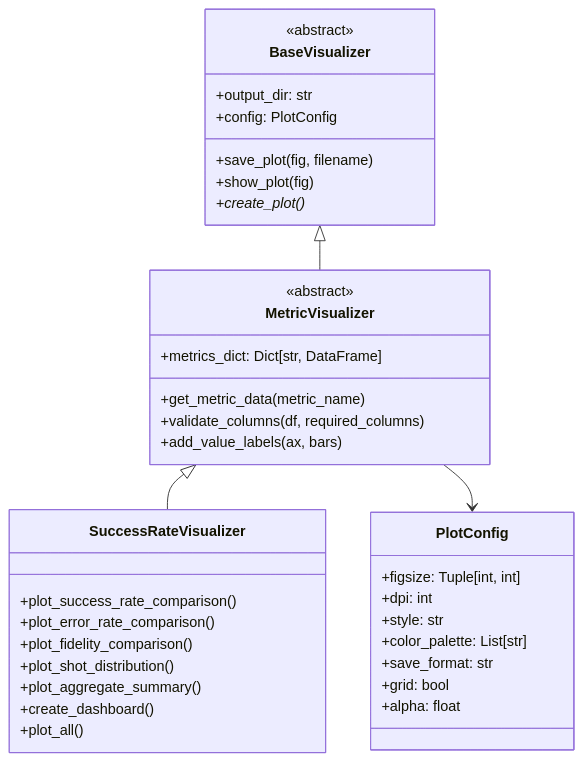
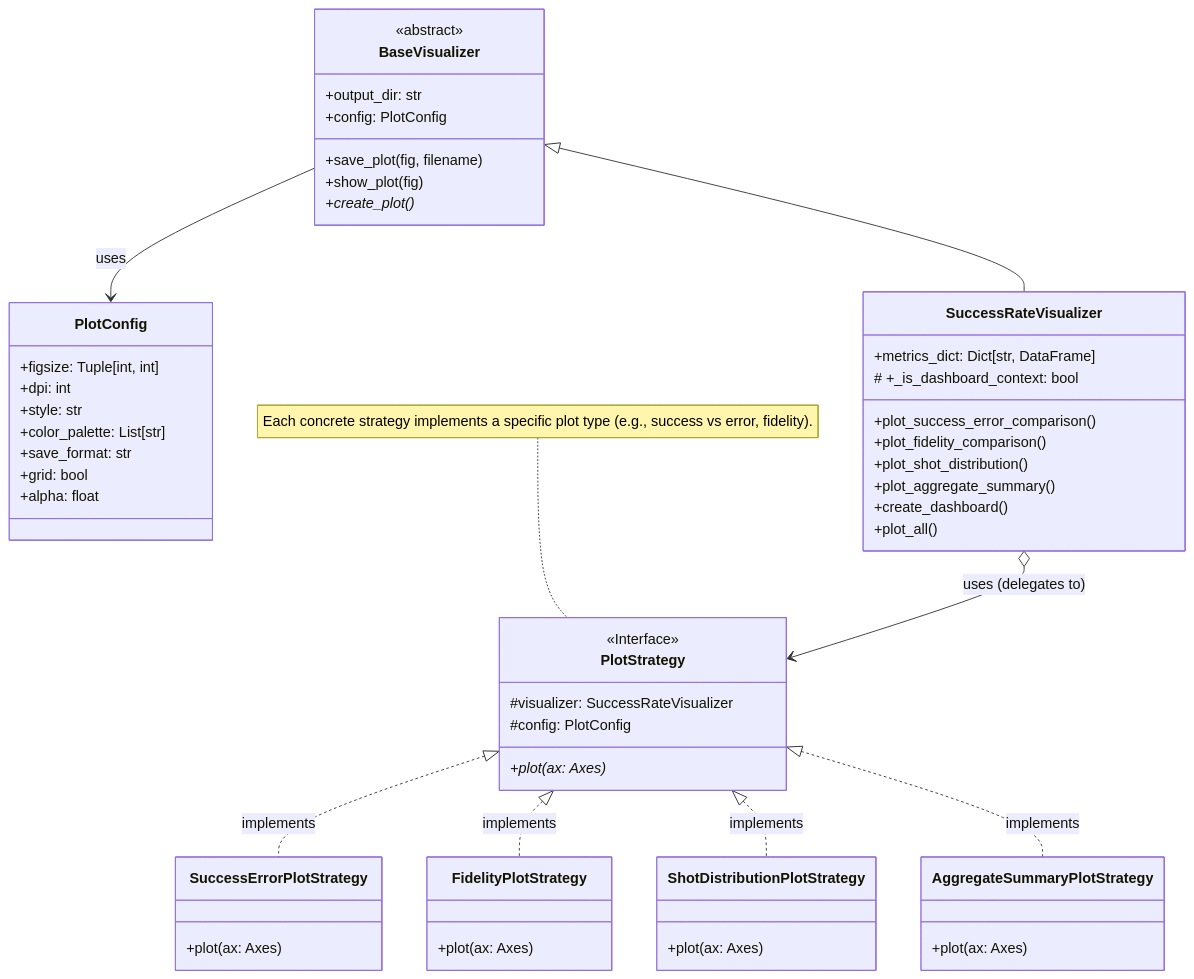
Before and after one commit to xthecapx/qiskit-qward: the third of 3 diagrams in docs/architecture.md, drawn with Mermaid. The commit also changed other lines of this file and 4 other files, not shown here.

````diff
--- a/docs/architecture.md
+++ b/docs/architecture.md
@@ -365,43 +371,63 @@
 ```{mermaid}
 classDiagram
     class BaseVisualizer {
         <<abstract>>
         +output_dir: str
         +config: PlotConfig
         +save_plot(fig, filename)
         +show_plot(fig)
         +create_plot()*
     }
-    
-    class MetricVisualizer {
-        <<abstract>>
-        +metrics_dict: Dict[str, DataFrame]
-        +get_metric_data(metric_name)
-        +validate_columns(df, required_columns)
-        +add_value_labels(ax, bars)
-    }
-    
-    class SuccessRateVisualizer {
-        +plot_success_rate_comparison()
-        +plot_error_rate_comparison()
-        +plot_fidelity_comparison()
-        +plot_shot_distribution()
-        +plot_aggregate_summary()
-        +create_dashboard()
-        +plot_all()
-    }
-    
+
     class PlotConfig {
         +figsize: Tuple[int, int]
         +dpi: int
         +style: str
         +color_palette: List[str]
         +save_format: str
         +grid: bool
         +alpha: float
     }
+
+    class SuccessRateVisualizer {
+        +metrics_dict: Dict[str, DataFrame]
+        # +_is_dashboard_context: bool
+        +plot_success_error_comparison()
+        +plot_fidelity_comparison()
+        +plot_shot_distribution()
+        +plot_aggregate_summary()
+        +create_dashboard()
+        +plot_all()
+    }
+
+    class PlotStrategy {
+        <<Interface>>
+        #visualizer: SuccessRateVisualizer
+        #config: PlotConfig
+        +plot(ax: Axes)*
+    }
+
+    class SuccessErrorPlotStrategy {
+        +plot(ax: Axes)
+    }
+    class FidelityPlotStrategy {
+        +plot(ax: Axes)
+    }
+    class ShotDistributionPlotStrategy {
+        +plot(ax: Axes)
+    }
+    class AggregateSummaryPlotStrategy {
+        +plot(ax: Axes)
+    }
     
-    BaseVisualizer <|-- MetricVisualizer
-    MetricVisualizer <|-- SuccessRateVisualizer
-    MetricVisualizer --> PlotConfig
+    note for PlotStrategy "Each concrete strategy implements a specific plot type (e.g., success vs error, fidelity)."
+
+    BaseVisualizer <|-- SuccessRateVisualizer
+    BaseVisualizer --> PlotConfig : uses
+    SuccessRateVisualizer o--> PlotStrategy : uses (delegates to)
+
+    PlotStrategy <|.. SuccessErrorPlotStrategy : implements
+    PlotStrategy <|.. FidelityPlotStrategy : implements
+    PlotStrategy <|.. ShotDistributionPlotStrategy : implements
+    PlotStrategy <|.. AggregateSummaryPlotStrategy : implements
 ```
````
